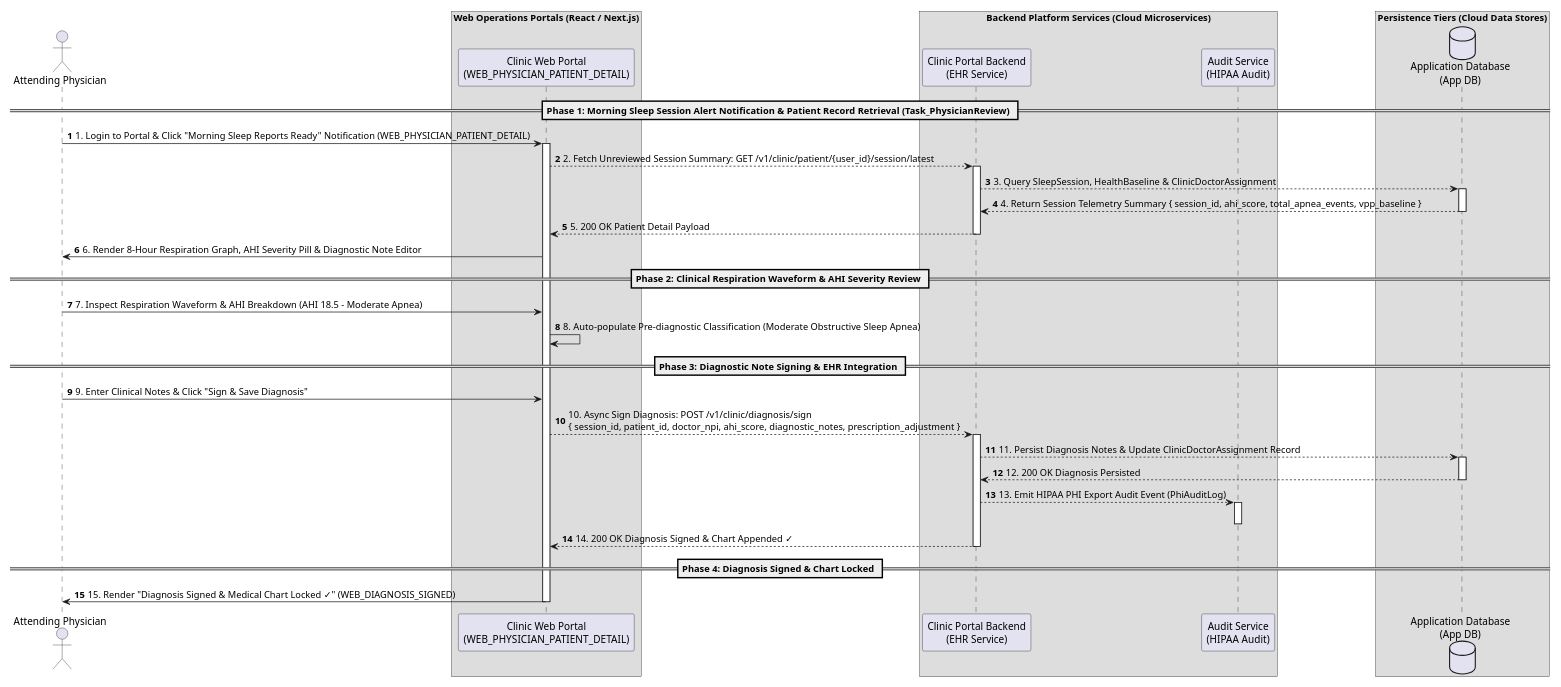
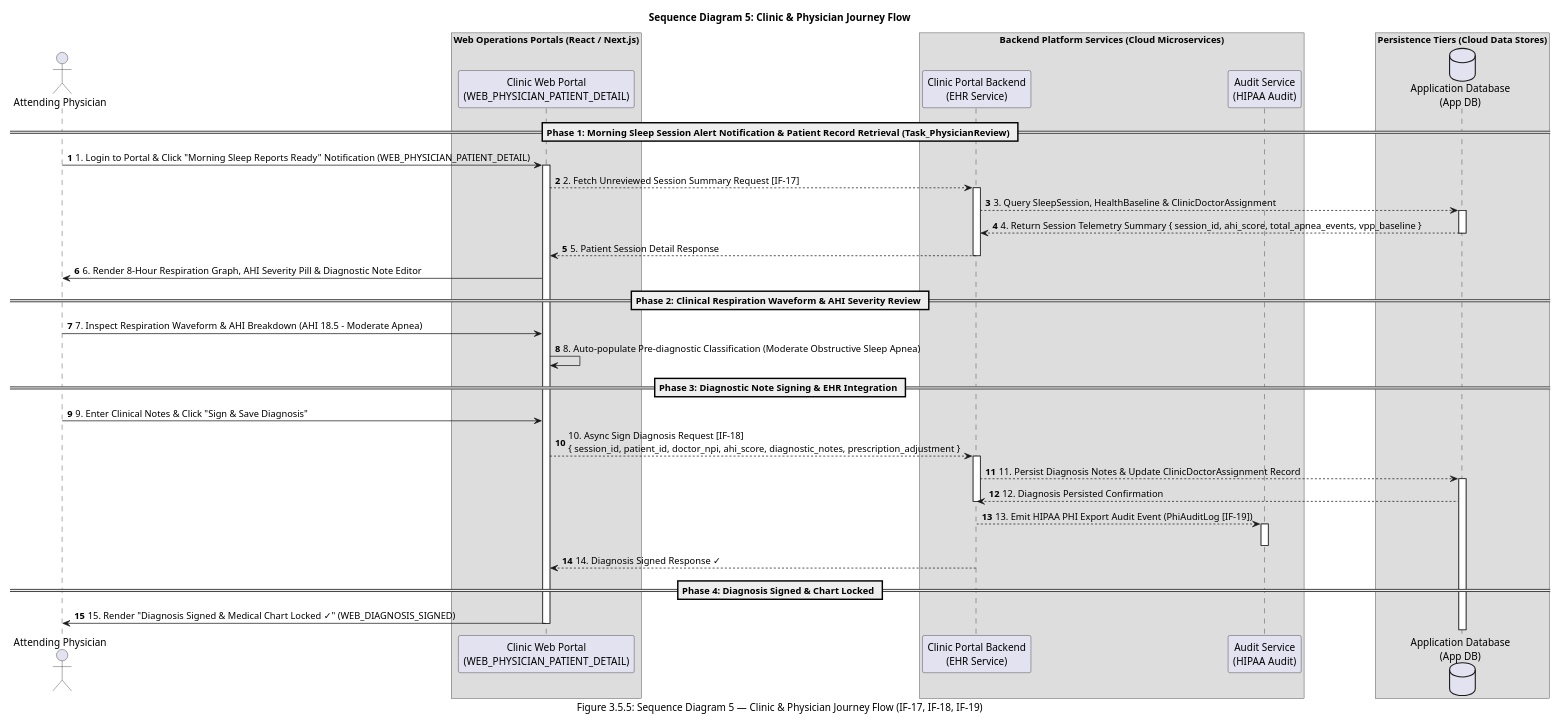
One commit to reidlai/masker-app changed the tenth of 15 diagrams in _bmad-output/architecture/ARCHITECTURE-SPINE.md. Above: the diagram before and after it, drawn with PlantUML. The commit also changed other lines of this file and 5 other files, not shown here.

First line of the commit message:
feat(arch): update enterprise architecture spine v18.0.0 and prd v2.1.0

````diff
--- a/_bmad-output/architecture/ARCHITECTURE-SPINE.md
+++ b/_bmad-output/architecture/ARCHITECTURE-SPINE.md
@@ -1143,58 +1216,60 @@
 ```plantuml
 @startuml Clinic_Physician_Journey_Sequence_Diagram
+title Sequence Diagram 5: Clinic & Physician Journey Flow
+caption Figure 3.5.5: Sequence Diagram 5 — Clinic & Physician Journey Flow (IF-17, IF-18, IF-19)
 autonumber
 scale 0.7
 
 actor "Attending Physician" as Doctor
 box "Web Operations Portals (React / Next.js)"
 participant "Clinic Web Portal\n(WEB_PHYSICIAN_PATIENT_DETAIL)" as ClinicUI
 end box
 
 box "Backend Platform Services (Cloud Microservices)"
 participant "Clinic Portal Backend\n(EHR Service)" as ClinicSvc
 participant "Audit Service\n(HIPAA Audit)" as AuditSvc
 end box
 
 box "Persistence Tiers (Cloud Data Stores)"
 database "Application Database\n(App DB)" as AppDB
 end box
 
 == Phase 1: Morning Sleep Session Alert Notification & Patient Record Retrieval (Task_PhysicianReview) ==
 Doctor -> ClinicUI: 1. Login to Portal & Click "Morning Sleep Reports Ready" Notification (WEB_PHYSICIAN_PATIENT_DETAIL)
 activate ClinicUI
-ClinicUI --> ClinicSvc: 2. Fetch Unreviewed Session Summary: GET /v1/clinic/patient/{user_id}/session/latest
+ClinicUI --> ClinicSvc: 2. Fetch Unreviewed Session Summary Request [IF-17]
 activate ClinicSvc
 ClinicSvc --> AppDB: 3. Query SleepSession, HealthBaseline & ClinicDoctorAssignment
 activate AppDB
 AppDB --> ClinicSvc: 4. Return Session Telemetry Summary { session_id, ahi_score, total_apnea_events, vpp_baseline }
 deactivate AppDB
-ClinicSvc --> ClinicUI: 5. 200 OK Patient Detail Payload
+ClinicSvc --> ClinicUI: 5. Patient Session Detail Response
 deactivate ClinicSvc
 ClinicUI -> Doctor: 6. Render 8-Hour Respiration Graph, AHI Severity Pill & Diagnostic Note Editor
 
 == Phase 2: Clinical Respiration Waveform & AHI Severity Review ==
 Doctor -> ClinicUI: 7. Inspect Respiration Waveform & AHI Breakdown (AHI 18.5 - Moderate Apnea)
 ClinicUI -> ClinicUI: 8. Auto-populate Pre-diagnostic Classification (Moderate Obstructive Sleep Apnea)
 
 == Phase 3: Diagnostic Note Signing & EHR Integration ==
 Doctor -> ClinicUI: 9. Enter Clinical Notes & Click "Sign & Save Diagnosis"
-ClinicUI --> ClinicSvc: 10. Async Sign Diagnosis: POST /v1/clinic/diagnosis/sign\n{ session_id, patient_id, doctor_npi, ahi_score, diagnostic_notes, prescription_adjustment }
+ClinicUI --> ClinicSvc: 10. Async Sign Diagnosis Request [IF-18]\n{ session_id, patient_id, doctor_npi, ahi_score, diagnostic_notes, prescription_adjustment }
 activate ClinicSvc
 ClinicSvc --> AppDB: 11. Persist Diagnosis Notes & Update ClinicDoctorAssignment Record
 activate AppDB
-AppDB --> ClinicSvc: 12. 200 OK Diagnosis Persisted
-deactivate AppDB
+AppDB --> ClinicSvc: 12. Diagnosis Persisted Confirmation
+deactivate ClinicSvc
 
-ClinicSvc --> AuditSvc: 13. Emit HIPAA PHI Export Audit Event (PhiAuditLog)
+ClinicSvc --> AuditSvc: 13. Emit HIPAA PHI Export Audit Event (PhiAuditLog [IF-19])
 activate AuditSvc
 deactivate AuditSvc
 
-ClinicSvc --> ClinicUI: 14. 200 OK Diagnosis Signed & Chart Appended ✓
+ClinicSvc --> ClinicUI: 14. Diagnosis Signed Response ✓
 deactivate ClinicSvc
 
 == Phase 4: Diagnosis Signed & Chart Locked ==
 ClinicUI -> Doctor: 15. Render "Diagnosis Signed & Medical Chart Locked ✓" (WEB_DIAGNOSIS_SIGNED)
 deactivate ClinicUI
 
 @enduml
 ```
````
